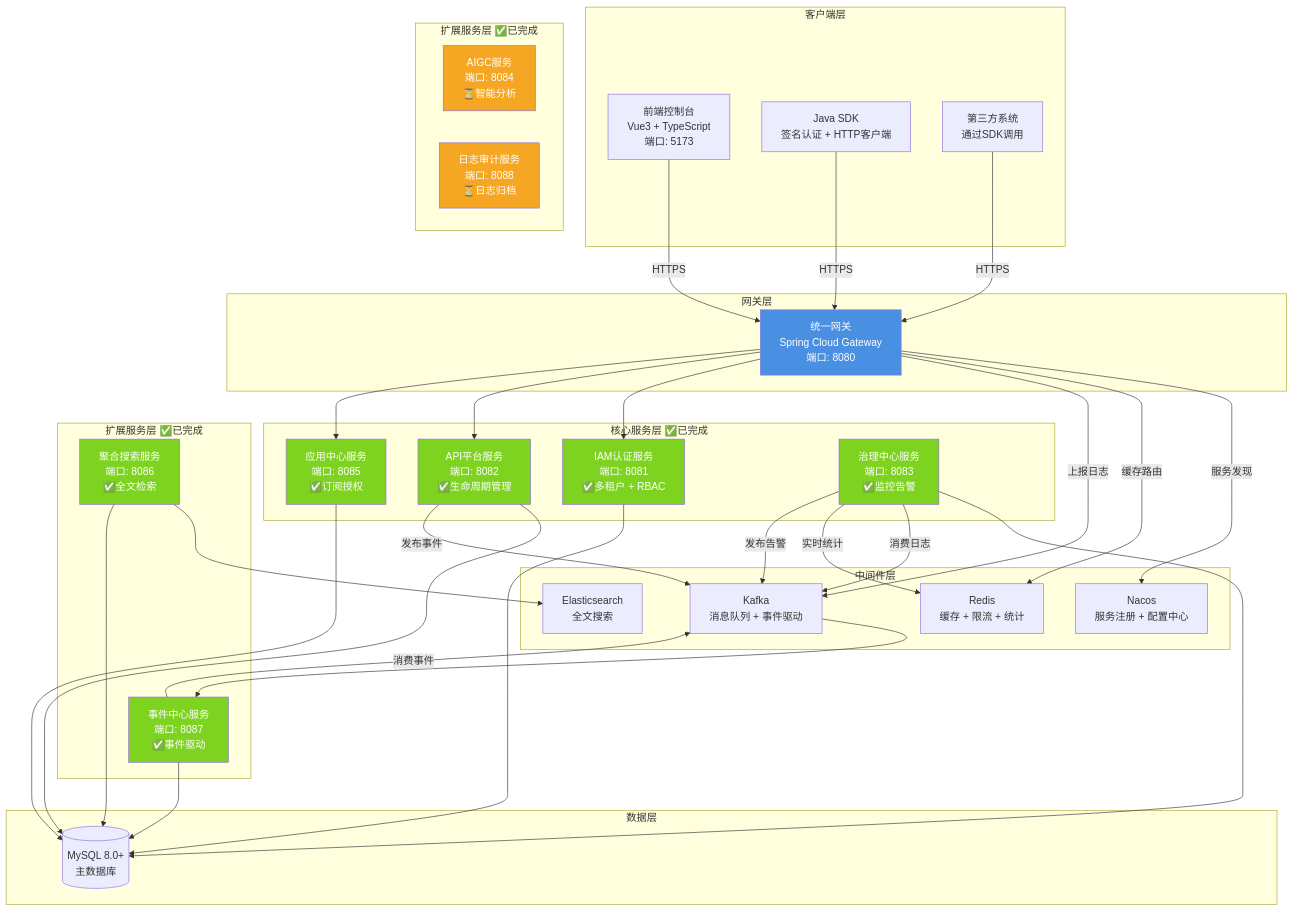
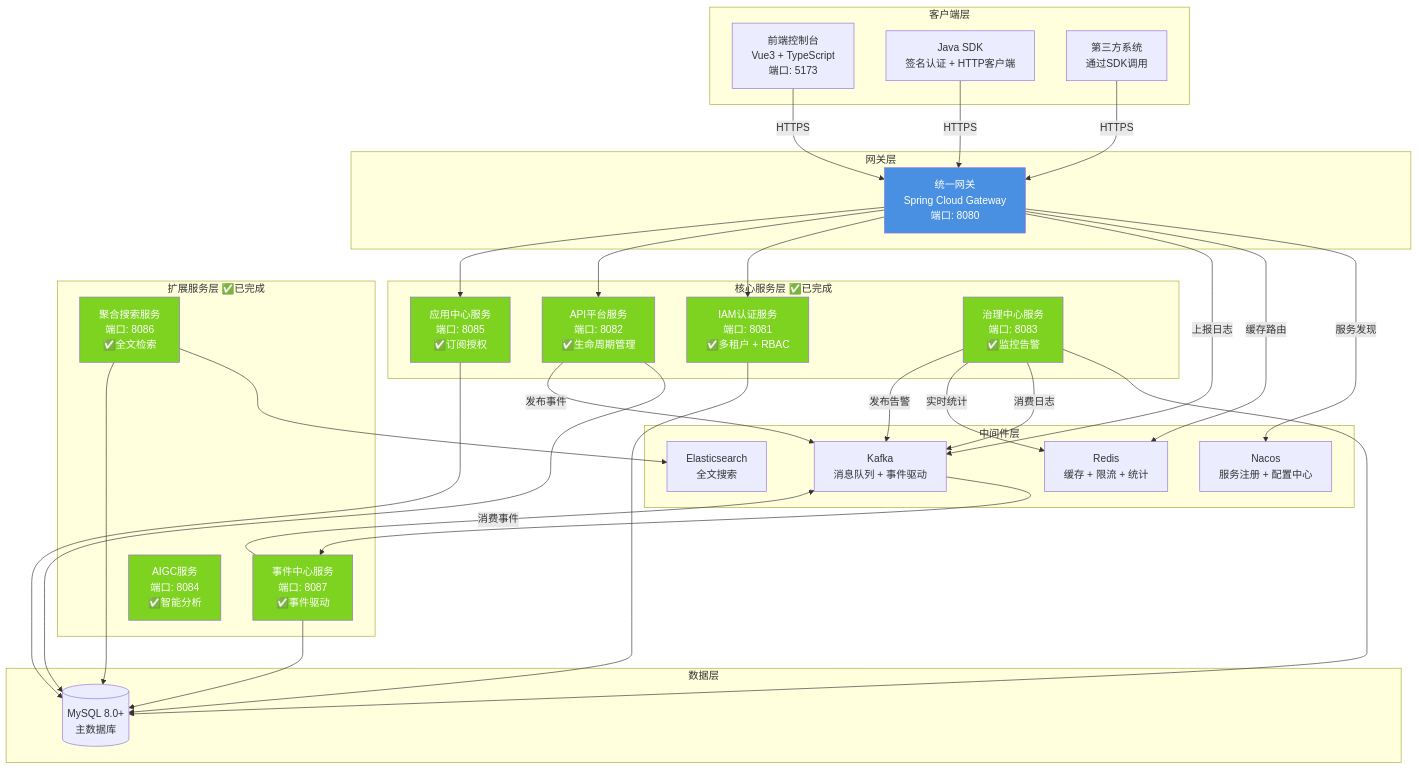
The first of 8 diagrams in README.md (DevYangJC/intelli_hub), drawn with Mermaid before and after one commit. The commit also changed other lines of this file and 18 other files, not shown here.

````diff
--- a/README.md
+++ b/README.md
@@ -64,78 +64,73 @@
 ```mermaid
 graph TB
     subgraph "客户端层"
         FE[前端控制台<br/>Vue3 + TypeScript<br/>端口: 5173]
         SDK[Java SDK<br/>签名认证 + HTTP客户端]
         THIRD[第三方系统<br/>通过SDK调用]
     end
     
     subgraph "网关层"
         GW[统一网关<br/>Spring Cloud Gateway<br/>端口: 8080]
     end
     
     subgraph "中间件层"
         NACOS[Nacos<br/>服务注册 + 配置中心]
         KAFKA[Kafka<br/>消息队列 + 事件驱动]
         REDIS[Redis<br/>缓存 + 限流 + 统计]
         ES[Elasticsearch<br/>全文搜索]
     end
     
     subgraph "核心服务层 ✅已完成"
         IAM[IAM认证服务<br/>端口: 8081<br/>✅多租户 + RBAC]
         API[API平台服务<br/>端口: 8082<br/>✅生命周期管理]
         APP[应用中心服务<br/>端口: 8085<br/>✅订阅授权]
         GOV[治理中心服务<br/>端口: 8083<br/>✅监控告警]
     end
     
     subgraph "扩展服务层 ✅已完成"
         SEARCH[聚合搜索服务<br/>端口: 8086<br/>✅全文检索]
         EVENT[事件中心服务<br/>端口: 8087<br/>✅事件驱动]
-    end
-    
-    subgraph "扩展服务层 ✅已完成"
-        AIGC[AIGC服务<br/>端口: 8084<br/>⏳智能分析]
-        LOG[日志审计服务<br/>端口: 8088<br/>⏳日志归档]
+        AIGC[AIGC服务<br/>端口: 8084<br/>✅智能分析]
     end
     
     subgraph "数据层"
         MYSQL[(MySQL 8.0+<br/>主数据库)]
     end
     
     FE -->|HTTPS| GW
     SDK -->|HTTPS| GW
     THIRD -->|HTTPS| GW
     
     GW -->|服务发现| NACOS
     GW -->|缓存路由| REDIS
     GW -->|上报日志| KAFKA
     GW --> IAM
     GW --> API
     GW --> APP
     
     IAM --> MYSQL
     API --> MYSQL
     API -->|发布事件| KAFKA
     APP --> MYSQL
     GOV --> MYSQL
     GOV -->|消费日志| KAFKA
     GOV -->|实时统计| REDIS
     GOV -->|发布告警| KAFKA
     
     SEARCH --> ES
     SEARCH --> MYSQL
     
     EVENT -->|消费事件| KAFKA
     EVENT --> MYSQL
     
     KAFKA --> EVENT
     
     style GW fill:#4A90E2,color:#fff
     style IAM fill:#7ED321,color:#fff
     style API fill:#7ED321,color:#fff
     style APP fill:#7ED321,color:#fff
     style GOV fill:#7ED321,color:#fff
     style SEARCH fill:#7ED321,color:#fff
     style EVENT fill:#7ED321,color:#fff
-    style AIGC fill:#F5A623,color:#fff
-    style LOG fill:#F5A623,color:#fff
+    style AIGC fill:#7ED321,color:#fff
 ```
````
